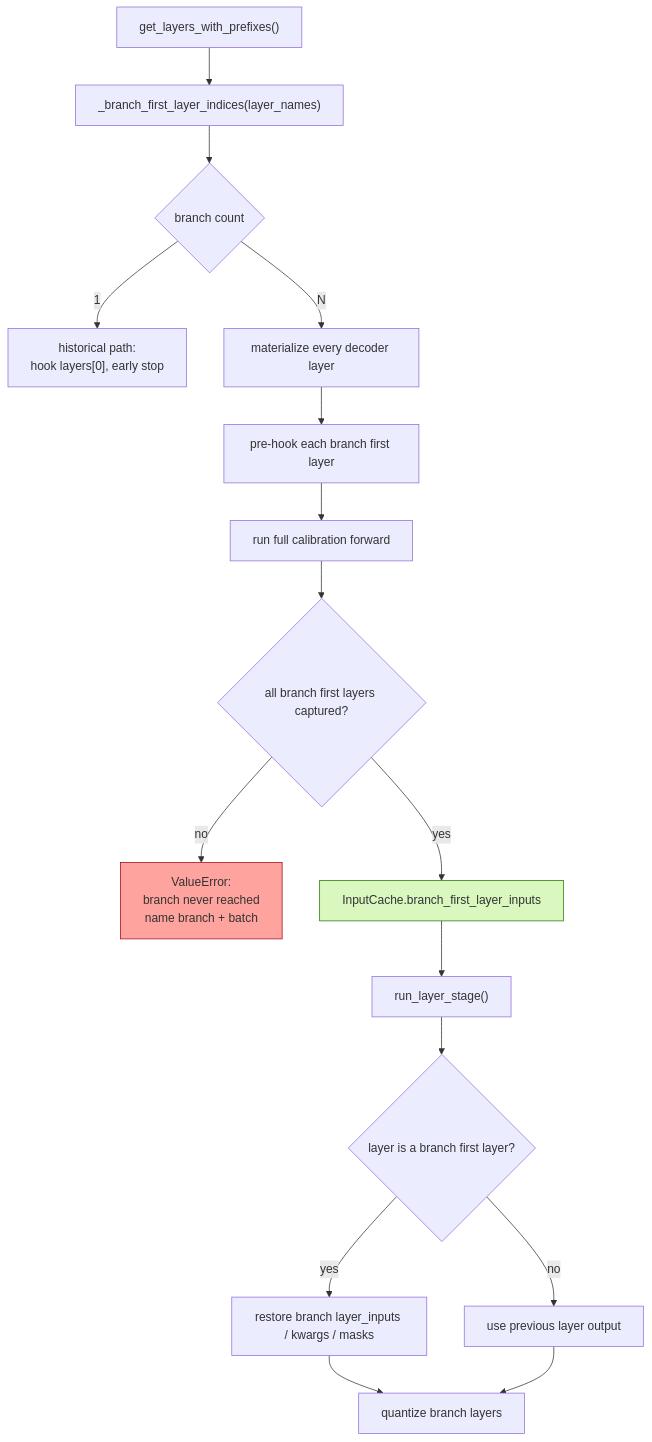
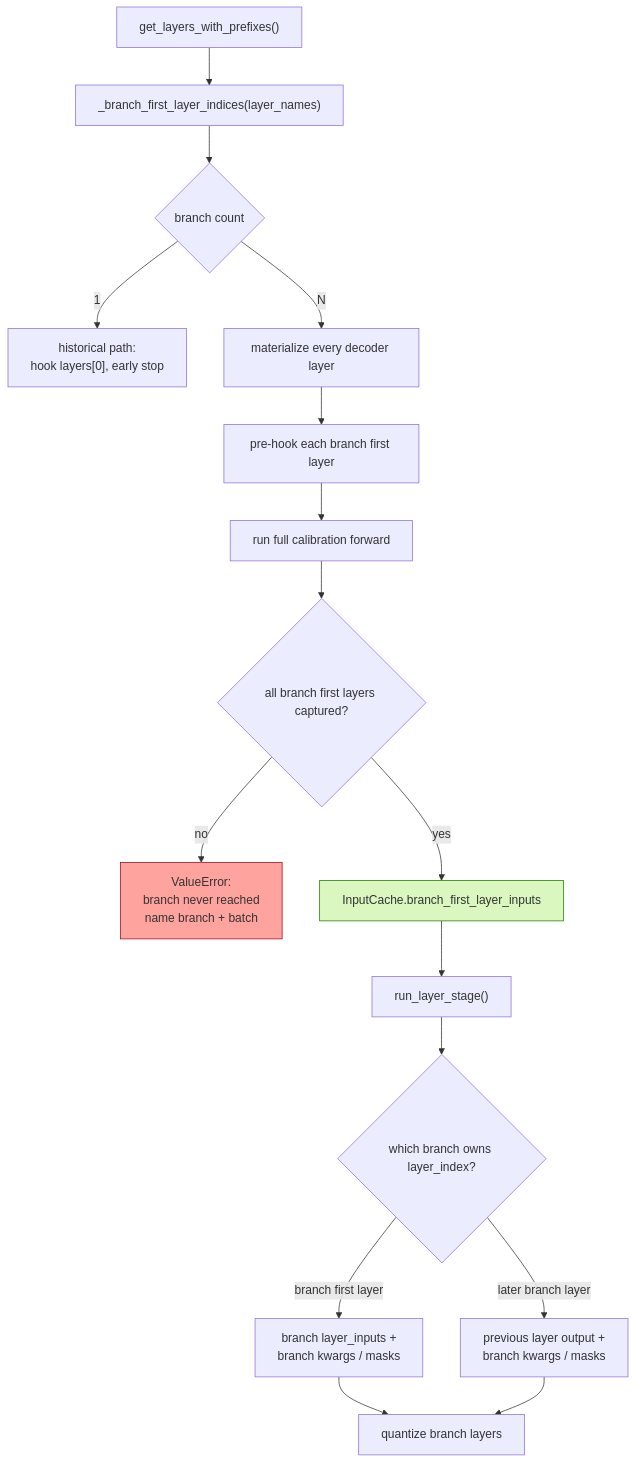
Before and after one commit to ModelCloud/GPTQModel: the third of 5 diagrams in docs/parallel-module-trees.md, drawn with Mermaid. The commit also changed other lines of this file and 5 other files, not shown here.

First line of the commit message:
fix(quantize): replay each layer with its own calibration context (#4150)

````diff
--- a/docs/parallel-module-trees.md
+++ b/docs/parallel-module-trees.md
@@ -151,20 +151,20 @@
 ```mermaid
 flowchart TD
     G["get_layers_with_prefixes()"] --> B["_branch_first_layer_indices(layer_names)"]
     B --> N{"branch count"}
     N -->|1| OLD["historical path:<br/>hook layers[0], early stop"]
     N -->|N| MAT["materialize every decoder layer"]
     MAT --> H["pre-hook each branch first layer"]
     H --> F["run full calibration forward"]
     F --> C{"all branch first layers captured?"}
     C -->|no| ERR["ValueError:<br/>branch never reached<br/>name branch + batch"]
     C -->|yes| CACHE["InputCache.branch_first_layer_inputs"]
     CACHE --> REPLAY["run_layer_stage()"]
-    REPLAY --> R{"layer is a branch first layer?"}
-    R -->|yes| RESET["restore branch layer_inputs / kwargs / masks"]
-    R -->|no| PREV["use previous layer output"]
+    REPLAY --> R{"which branch owns layer_index?"}
+    R -->|branch first layer| RESET["branch layer_inputs +<br/>branch kwargs / masks"]
+    R -->|later branch layer| PREV["previous layer output +<br/>branch kwargs / masks"]
     RESET --> Q["quantize branch layers"]
     PREV --> Q
     style ERR fill:#ffa39e,stroke:#a8071a
     style CACHE fill:#d9f7be,stroke:#237804
 ```
````
